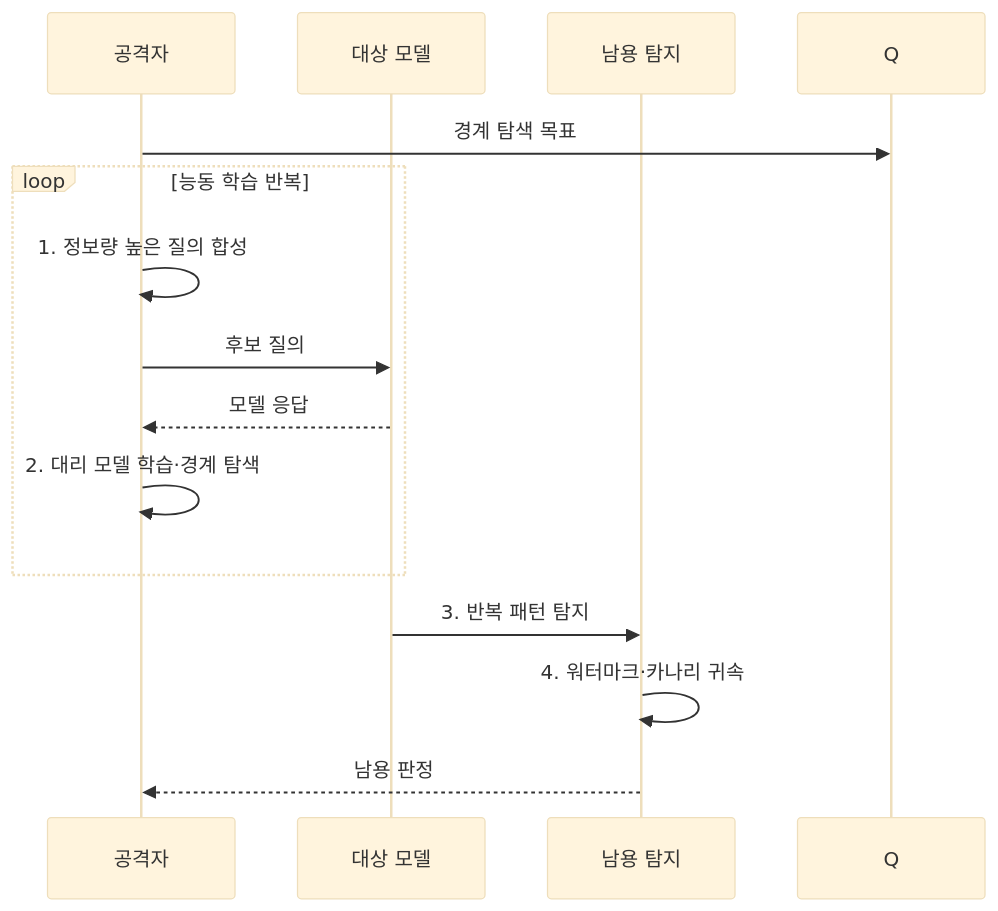
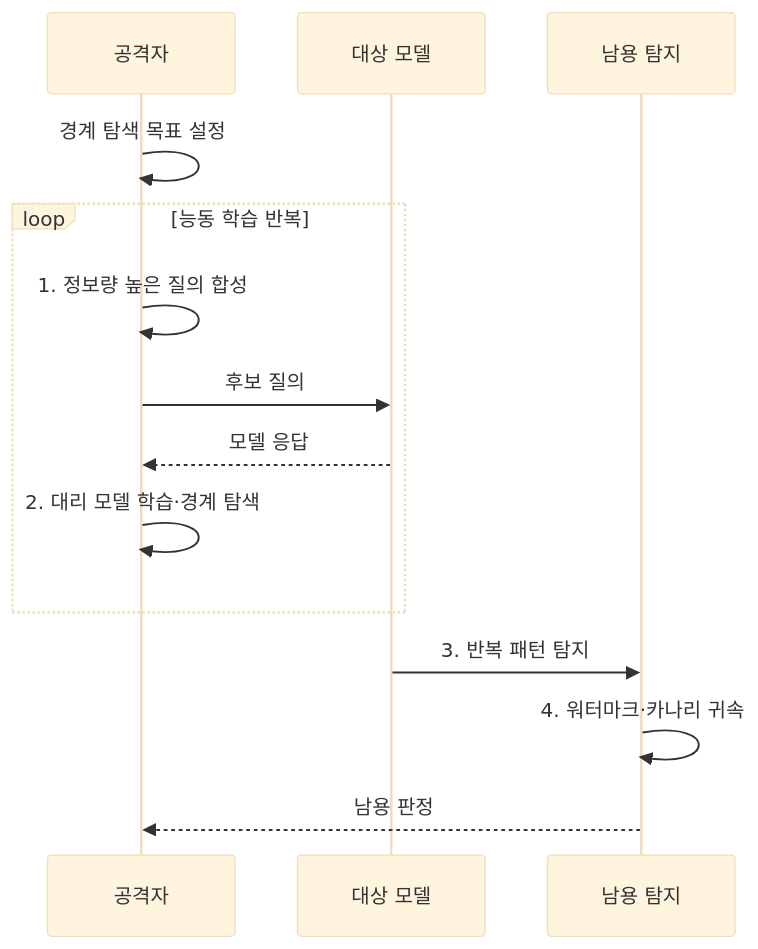
Before and after one commit to agnusdei1207/knowledge-base: the second of 2 diagrams in src/content/docs/notes/05-security/083_model_extraction_attack.md, drawn with Mermaid (base theme). The commit also changed 1 other file, not shown here.

Commit message:
Fix sequence diagram participant references

````diff
--- a/src/content/docs/notes/05-security/083_model_extraction_attack.md
+++ b/src/content/docs/notes/05-security/083_model_extraction_attack.md
@@ -99,16 +99,16 @@
 ```mermaid
 sequenceDiagram
     participant A as 공격자
     participant M as 대상 모델
     participant D as 남용 탐지
-    A->>Q: 경계 탐색 목표
+    A->>A: 경계 탐색 목표 설정
     loop 능동 학습 반복
         A->>A: 1. 정보량 높은 질의 합성
         A->>M: 후보 질의
         M-->>A: 모델 응답
         A->>A: 2. 대리 모델 학습·경계 탐색
     end
     M->>D: 3. 반복 패턴 탐지
     D->>D: 4. 워터마크·카나리 귀속
     D-->>A: 남용 판정
 ```
````
